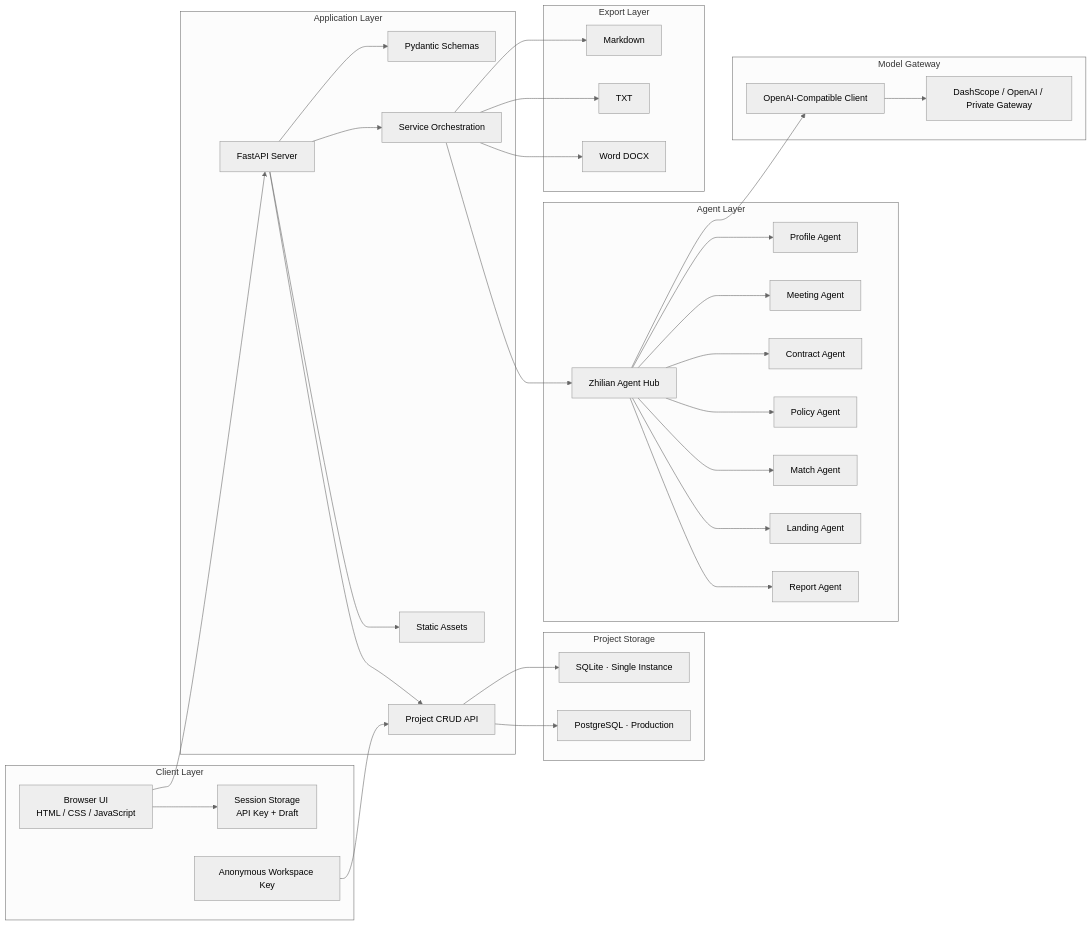
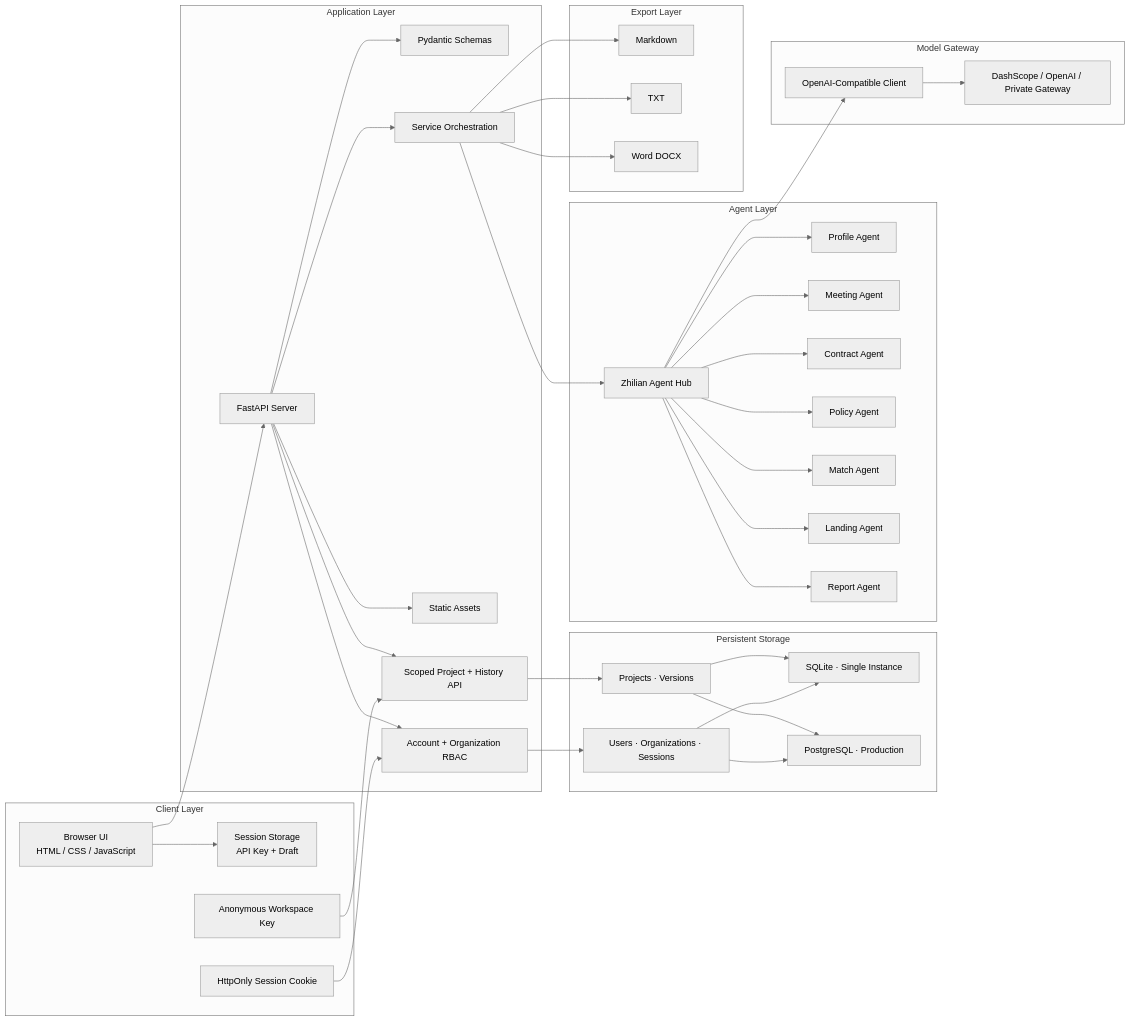
Before and after one commit to liqinglq666/zhilink-tianhe-enterprise-ai-workspace: the second of 6 diagrams in README.md, drawn with Mermaid (neutral theme). The commit also changed other lines of this file, not shown here.

Commit message:
docs(auth): add account and organization pointers

````diff
--- a/README.md
+++ b/README.md
@@ -249,66 +263,76 @@
 ```mermaid
 flowchart LR
     subgraph Client["Client Layer"]
         Browser["Browser UI<br/>HTML / CSS / JavaScript"]
         Session["Session Storage<br/>API Key + Draft"]
         Workspace["Anonymous Workspace Key"]
+        AuthCookie["HttpOnly Session Cookie"]
     end
 
     subgraph App["Application Layer"]
         FastAPI["FastAPI Server"]
         Schemas["Pydantic Schemas"]
         Service["Service Orchestration"]
         Static["Static Assets"]
-        ProjectAPI["Project CRUD API"]
+        AuthAPI["Account + Organization RBAC"]
+        ProjectAPI["Scoped Project + History API"]
     end
 
-    subgraph Storage["Project Storage"]
+    subgraph Storage["Persistent Storage"]
         SQLite["SQLite · Single Instance"]
         Postgres["PostgreSQL · Production"]
+        Accounts["Users · Organizations · Sessions"]
+        Projects["Projects · Versions"]
     end
 
     subgraph Agent["Agent Layer"]
         Hub["Zhilian Agent Hub"]
         A1["Profile Agent"]
         A2["Meeting Agent"]
         A3["Contract Agent"]
         A4["Policy Agent"]
         A5["Match Agent"]
         A6["Landing Agent"]
         A7["Report Agent"]
     end
 
     subgraph Model["Model Gateway"]
         LLMClient["OpenAI-Compatible Client"]
         Provider["DashScope / OpenAI / Private Gateway"]
     end
 
     subgraph Export["Export Layer"]
         Markdown["Markdown"]
         TXT["TXT"]
         DOCX["Word DOCX"]
     end
 
     Browser --> Session
     Browser --> FastAPI
     Workspace --> ProjectAPI
+    AuthCookie --> AuthAPI
     FastAPI --> Static
     FastAPI --> Schemas
     FastAPI --> Service
+    FastAPI --> AuthAPI
     FastAPI --> ProjectAPI
-    ProjectAPI --> SQLite
-    ProjectAPI --> Postgres
+    AuthAPI --> Accounts
+    ProjectAPI --> Projects
+    Accounts --> SQLite
+    Accounts --> Postgres
+    Projects --> SQLite
+    Projects --> Postgres
     Service --> Hub
     Hub --> A1
     Hub --> A2
     Hub --> A3
     Hub --> A4
     Hub --> A5
     Hub --> A6
     Hub --> A7
     Hub --> LLMClient
     LLMClient --> Provider
     Service --> Markdown
     Service --> TXT
     Service --> DOCX
 ```
````
